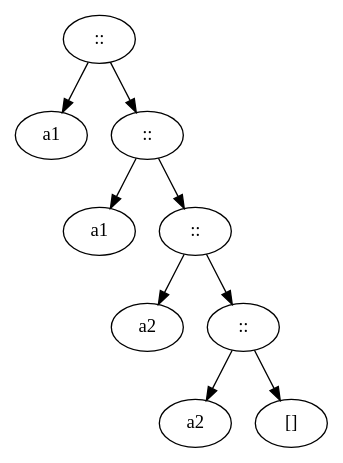
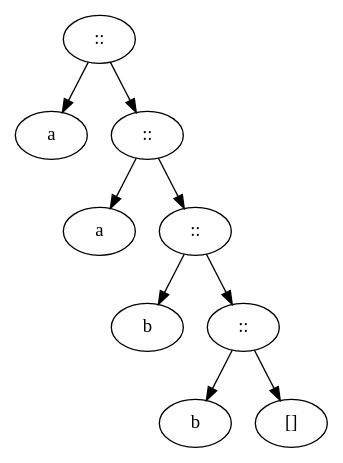
Before and after one commit to d12frosted/talks: the fifth of 5 diagrams in 2019-10-29-fforkshop-functors-scala/slides.org, drawn with Graphviz. The commit also changed other lines of this file and 4 other files, not shown here.

```diff
--- a/2019-10-29-fforkshop-functors-scala/slides.org
+++ b/2019-10-29-fforkshop-functors-scala/slides.org
@@ -732,26 +732,26 @@
 #+begin_src dot :file .dot/functor-list-broken-2.png :cmdline -Kdot -Tpng -Gdpi=180
   digraph {
-    v1[label="a1"];
-    v2[label="a1"];
-    v3[label="a2"];
-    v4[label="a2"];
+    v1[label="a"];
+    v2[label="a"];
+    v3[label="b"];
+    v4[label="b"];
 
     c1[label="::"];
     c2[label="::"];
     c3[label="::"];
     c4[label="::"];
     c5[label="[]"];
 
     c1 -> v1
     c1 -> c2
 
     c2 -> v2
     c2 -> c3
 
     c3 -> v3
     c3 -> c4
 
     c4 -> v4
     c4 -> c5
   }
 #+end_src
```
